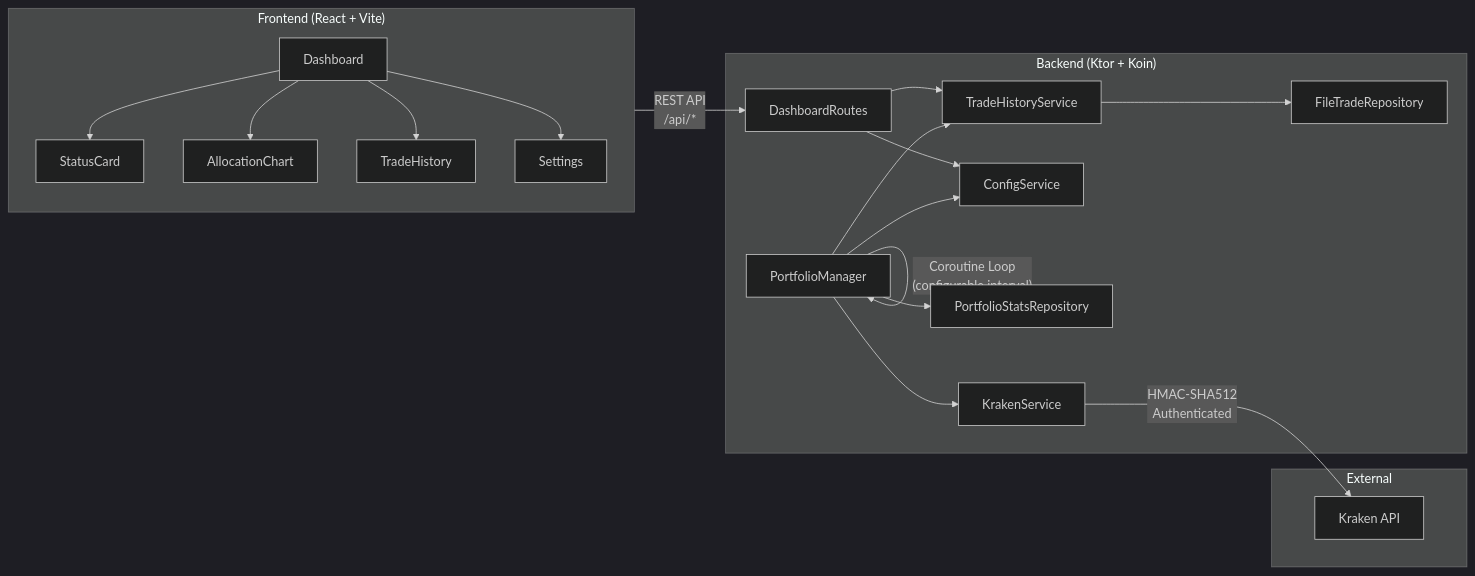
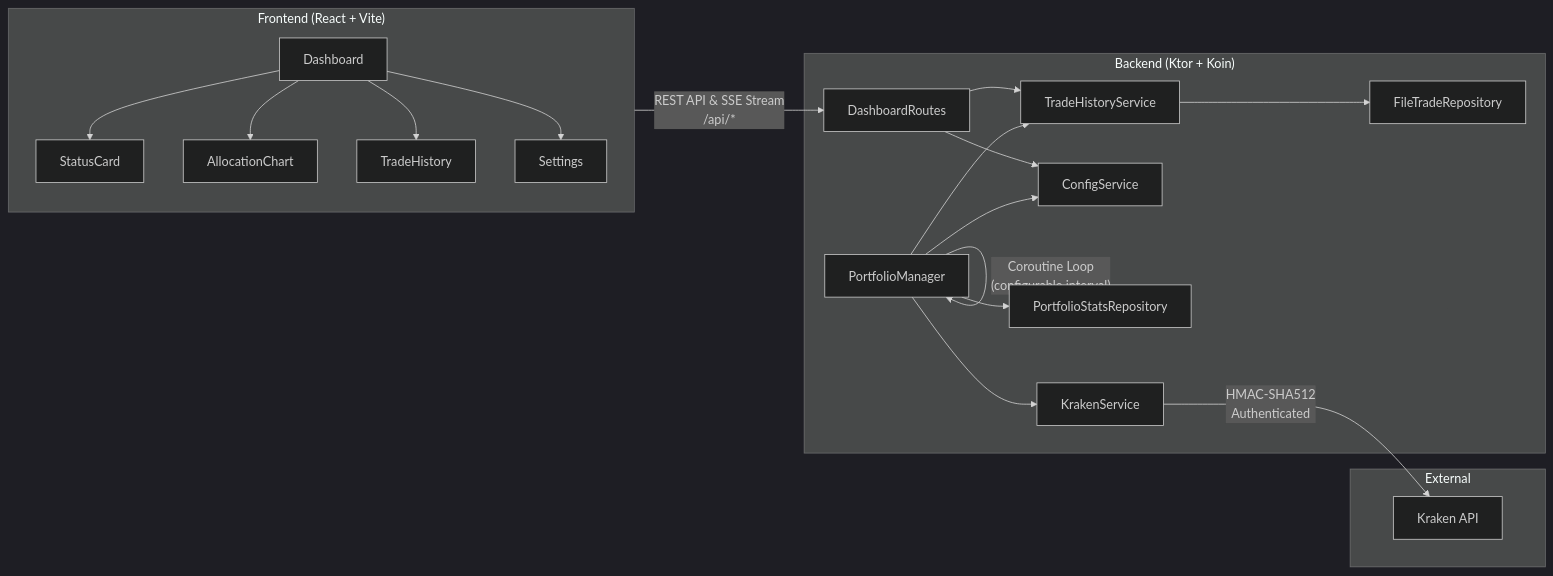
The first of 2 diagrams in README.md (HyperVon/new-kraken-rebalancer), drawn with Mermaid (dark theme) before and after one commit. The commit also changed other lines of this file, not shown here.

Commit message:
docs: explain real-time event streaming and add sse route to API endpoints

````diff
--- a/README.md
+++ b/README.md
@@ -88,27 +88,27 @@
 ```mermaid
 graph LR
     subgraph Frontend["Frontend (React + Vite)"]
         D[Dashboard] --> SC[StatusCard]
         D --> AC[AllocationChart]
         D --> TH[TradeHistory]
         D --> S[Settings]
     end
 
     subgraph Backend["Backend (Ktor + Koin)"]
         DC[DashboardRoutes] --> THS[TradeHistoryService]
         DC --> CS[ConfigService]
         PM[PortfolioManager] --> KS[KrakenService]
         PM --> CS
         PM --> THS
         PM --> PSR[PortfolioStatsRepository]
         THS --> FTR[FileTradeRepository]
     end
 
     subgraph External
         KA[Kraken API]
     end
 
-    Frontend -- "REST API\n/api/*" --> DC
+    Frontend -- "REST API & SSE Stream\n/api/*" --> DC
     PM -- "Coroutine Loop\n(configurable interval)" --> PM
     KS -- "HMAC-SHA512\nAuthenticated" --> KA
 ```
````
